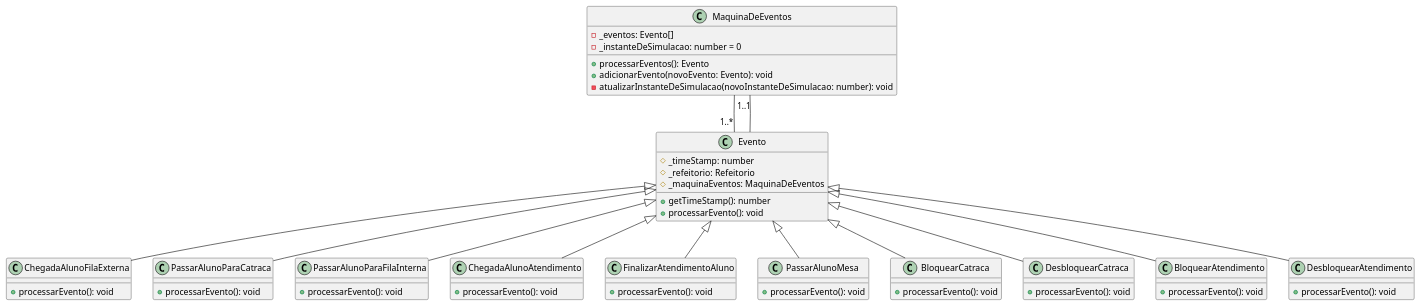
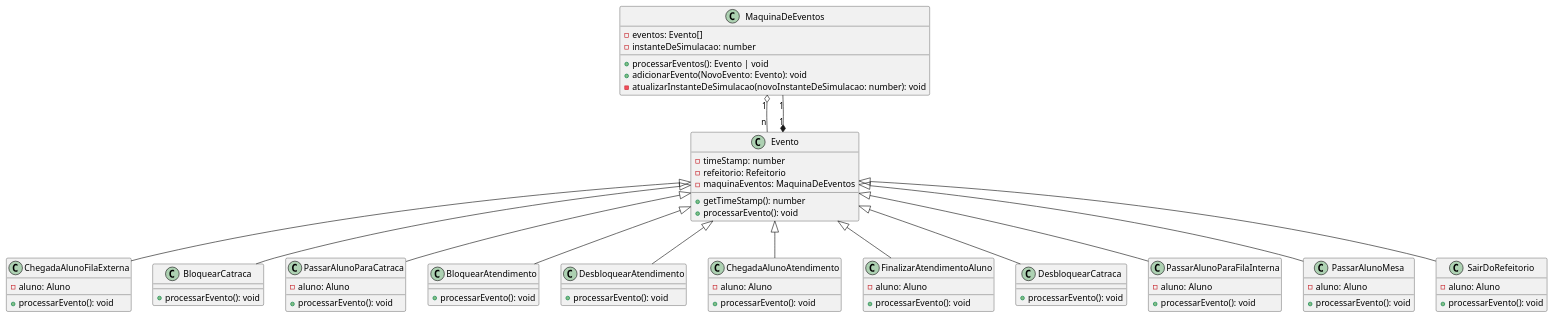
The diagram in design/events.plantuml (j-nilton/sfr-template), drawn with PlantUML before and after one commit. The commit also changed 4 other files, not shown here.

Commit message:
Atualização dos diagramas e do README.

```diff
--- a/design/events.plantuml
+++ b/design/events.plantuml
@@ -1,62 +1,85 @@
 @startuml Gerenciador de Eventos do Sistema
 
 class MaquinaDeEventos {
-    - _eventos: Evento[] 
-    - _instanteDeSimulacao: number = 0
-    + processarEventos(): Evento
-    + adicionarEvento(novoEvento: Evento): void
-    - atualizarInstanteDeSimulacao(novoInstanteDeSimulacao: number): void
+  - eventos: Evento[]
+  - instanteDeSimulacao: number
+  + processarEventos(): Evento | void
+  + adicionarEvento(NovoEvento: Evento): void
+  - atualizarInstanteDeSimulacao(novoInstanteDeSimulacao: number): void
 }
 
 class Evento {
-    # _timeStamp: number
-    # _refeitorio: Refeitorio 
-    # _maquinaEventos: MaquinaDeEventos
-    + getTimeStamp(): number
-    + processarEvento(): void 
+  - timeStamp: number
+  - refeitorio: Refeitorio
+  - maquinaEventos: MaquinaDeEventos
+  + getTimeStamp(): number
+  + processarEvento(): void
 }
 
-class ChegadaAlunoFilaExterna extends Evento {
-    + processarEvento(): void
+class ChegadaAlunoFilaExterna {
+  - aluno: Aluno
+  + processarEvento(): void
 }
 
-class PassarAlunoParaCatraca extends Evento {
-    + processarEvento(): void
+class BloquearCatraca {
+  + processarEvento(): void
 }
 
-class PassarAlunoParaFilaInterna extends Evento {
-    + processarEvento(): void
+class PassarAlunoParaCatraca {
+  - aluno: Aluno
+  + processarEvento(): void
 }
 
-class ChegadaAlunoAtendimento extends Evento {
-    + processarEvento(): void
+class BloquearAtendimento {
+  + processarEvento(): void
 }
 
-class FinalizarAtendimentoAluno extends Evento {
-    + processarEvento(): void
+class DesbloquearAtendimento {
+  + processarEvento(): void
 }
 
-class PassarAlunoMesa extends Evento {
-    + processarEvento(): void
+class ChegadaAlunoAtendimento {
+  - aluno: Aluno
+  + processarEvento(): void
 }
 
-class BloquearCatraca extends Evento {
-    + processarEvento(): void
+class FinalizarAtendimentoAluno {
+  - aluno: Aluno
+  + processarEvento(): void
 }
 
-class DesbloquearCatraca extends Evento {
-    + processarEvento(): void
+class DesbloquearCatraca {
+  + processarEvento(): void
 }
 
-class BloquearAtendimento extends Evento {
-    + processarEvento(): void
+class PassarAlunoParaFilaInterna {
+  - aluno: Aluno
+  + processarEvento(): void
 }
 
-class DesbloquearAtendimento extends Evento {
-    + processarEvento(): void
+class PassarAlunoMesa {
+  - aluno: Aluno
+  + processarEvento(): void
 }
 
-MaquinaDeEventos -- "1..*" Evento
-Evento -- "1..1" MaquinaDeEventos
+class SairDoRefeitorio {
+  - aluno: Aluno
+  + processarEvento(): void
+}
+
+Evento <|-- BloquearAtendimento
+Evento <|-- BloquearCatraca
+Evento <|-- ChegadaAlunoAtendimento
+Evento <|-- ChegadaAlunoFilaExterna
+Evento <|-- DesbloquearAtendimento
+Evento <|-- DesbloquearCatraca
+Evento <|-- FinalizarAtendimentoAluno
+Evento <|-- PassarAlunoMesa
+Evento <|-- PassarAlunoParaCatraca
+Evento <|-- PassarAlunoParaFilaInterna
+Evento <|-- SairDoRefeitorio
+
+MaquinaDeEventos "1" o-- "n" Evento
+Evento "1" *-- "1" MaquinaDeEventos
 
 @enduml
```
